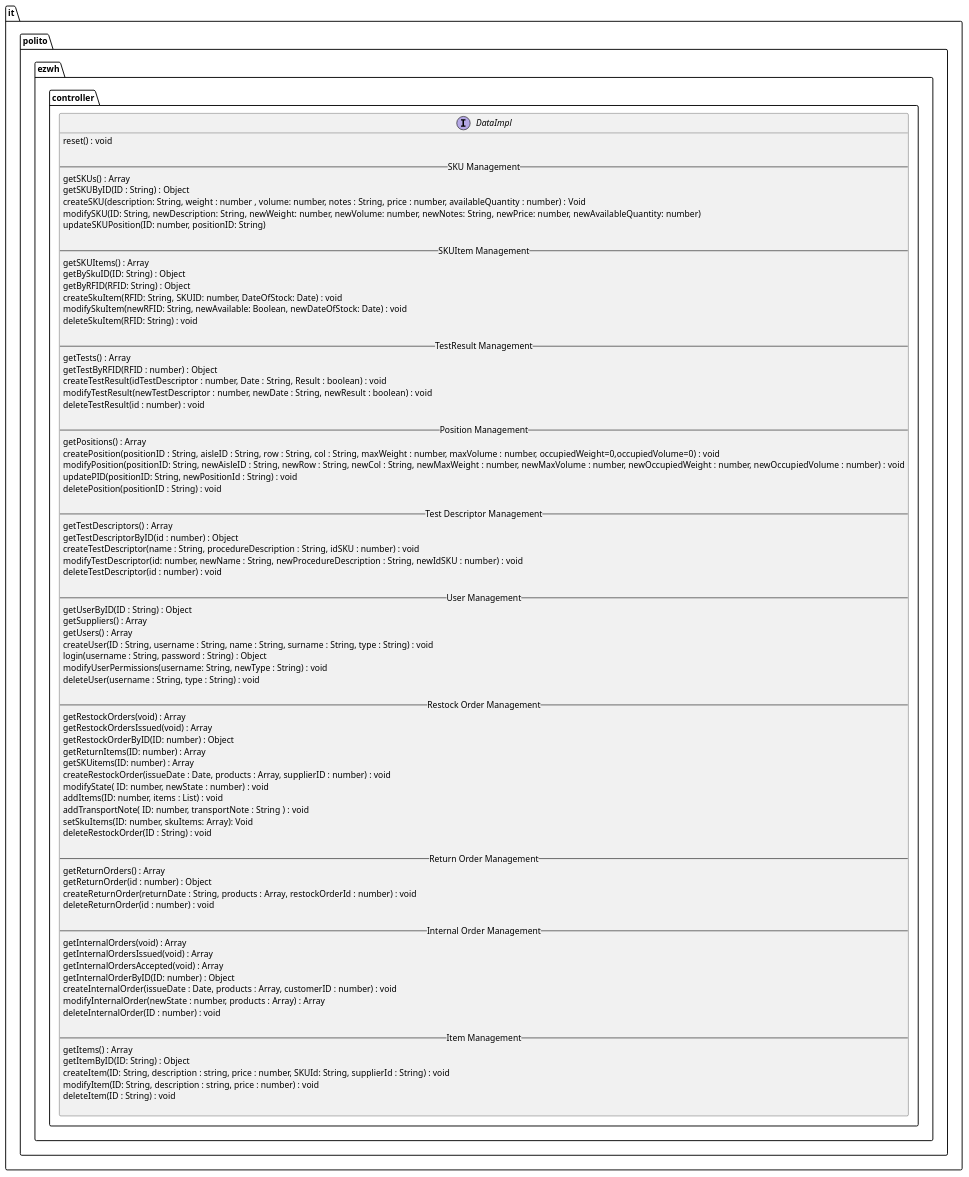
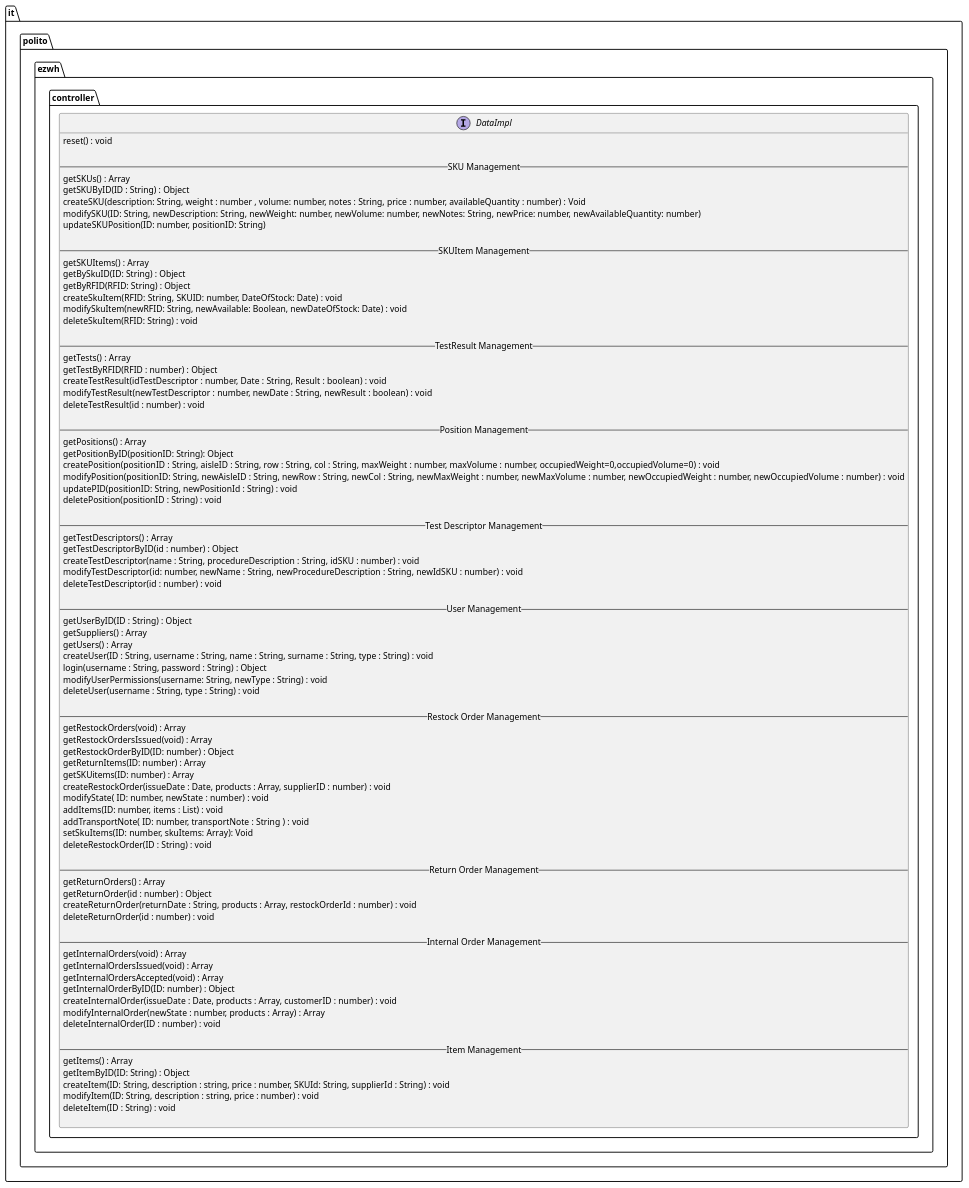
One commit to DavideArcolini/SoftEng_garbageCollector changed the second of 8 diagrams in DESIGN PART/DesignDocument.md. Above: the diagram before and after it, drawn with PlantUML. The commit also changed other lines of this file, not shown here.

Commit message:
added sequence diagram 5.3.1

```diff
--- a/DESIGN PART/DesignDocument.md
+++ b/DESIGN PART/DesignDocument.md
@@ -83,6 +83,7 @@
     
     -- Position Management --
     getPositions() : Array
+    getPositionByID(positionID: String): Object
     createPosition(positionID : String, aisleID : String, row : String, col : String, maxWeight : number, maxVolume : number, occupiedWeight=0,occupiedVolume=0) : void
     modifyPosition(positionID: String, newAisleID : String, newRow : String, newCol : String, newMaxWeight : number, newMaxVolume : number, newOccupiedWeight : number, newOccupiedVolume : number) : void
     updatePID(positionID: String, newPositionId : String) : void
```
